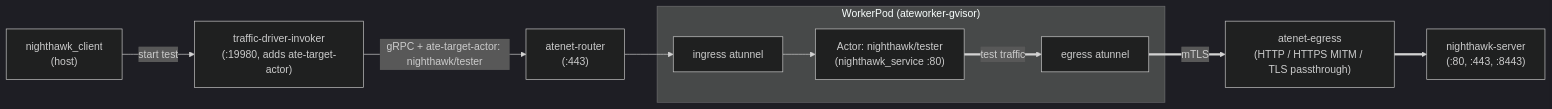
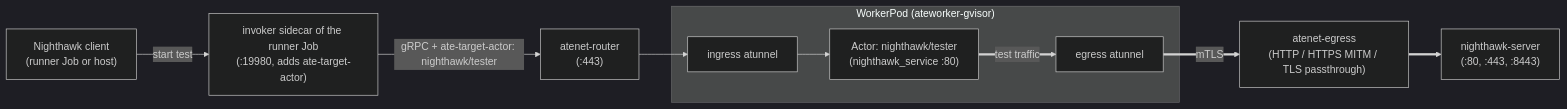
One commit to ygao-g/substrate changed the diagram in benchmarking/nighthawk-egress/README.md. Above: the diagram before and after it, drawn with Mermaid (dark theme). The commit also changed other lines of this file and 9 other files, not shown here.

````diff
--- a/benchmarking/nighthawk-egress/README.md
+++ b/benchmarking/nighthawk-egress/README.md
@@ -7,23 +7,23 @@
 ```mermaid
 flowchart LR
-    client["nighthawk_client<br/>(host)"]
-    invoker["traffic-driver-invoker<br/>(:19980, adds ate-target-actor)"]
+    client["Nighthawk client<br/>(runner Job or host)"]
+    invoker["invoker sidecar of the runner Job<br/>(:19980, adds ate-target-actor)"]
     router["atenet-router<br/>(:443)"]
 
     subgraph worker["WorkerPod (ateworker-gvisor)"]
         atunnel-ingress["ingress atunnel"]
         actor["Actor: nighthawk/tester<br/>(nighthawk_service :80)"]
         atunnel-egress["egress atunnel"]
     end
 
     egress["atenet-egress<br/>(HTTP / HTTPS MITM / TLS passthrough)"]
     server["nighthawk-server<br/>(:80, :443, :8443)"]
 
     client -->|"start test"| invoker
     invoker -->|"gRPC + ate-target-actor: nighthawk/tester"| router
     router --> atunnel-ingress
     atunnel-ingress --> actor
     actor ==>|"test traffic"| atunnel-egress
     atunnel-egress ==>|"mTLS"| egress
     egress ==> server
 ```
````
